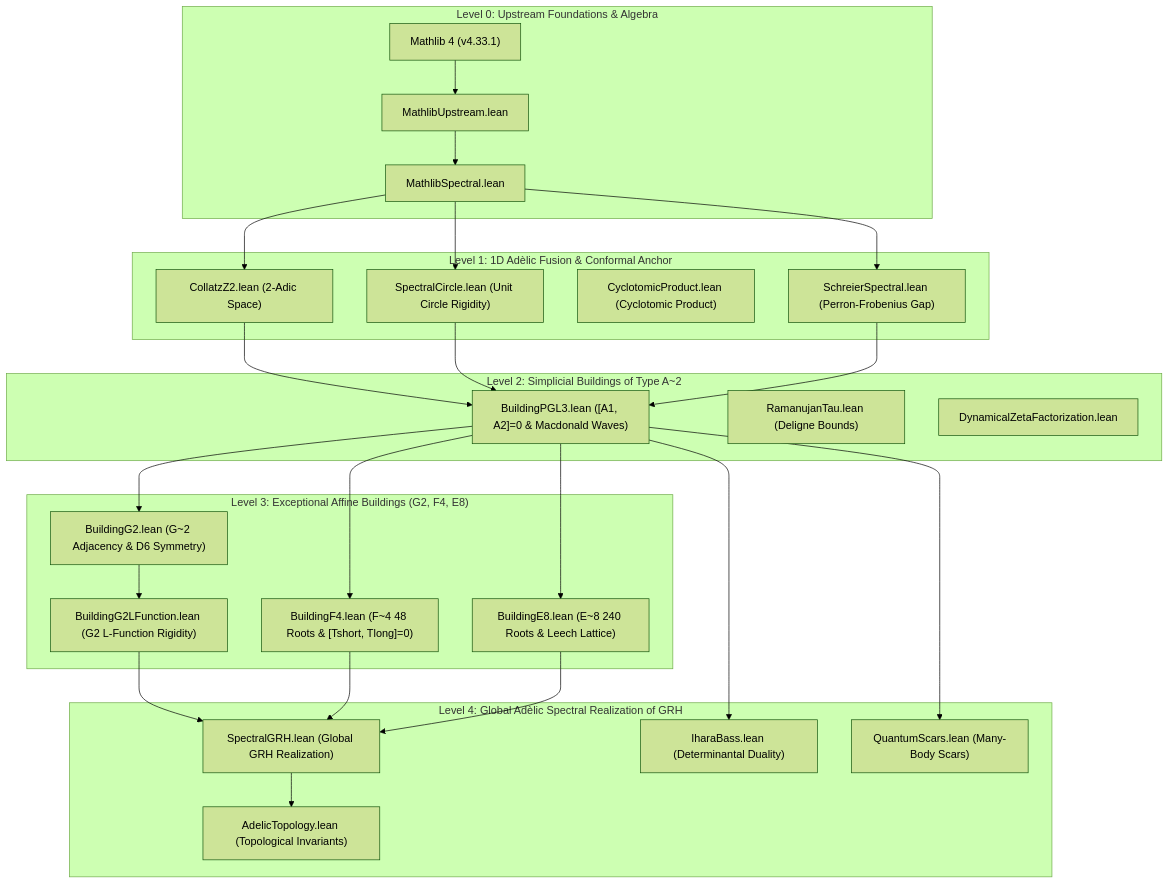
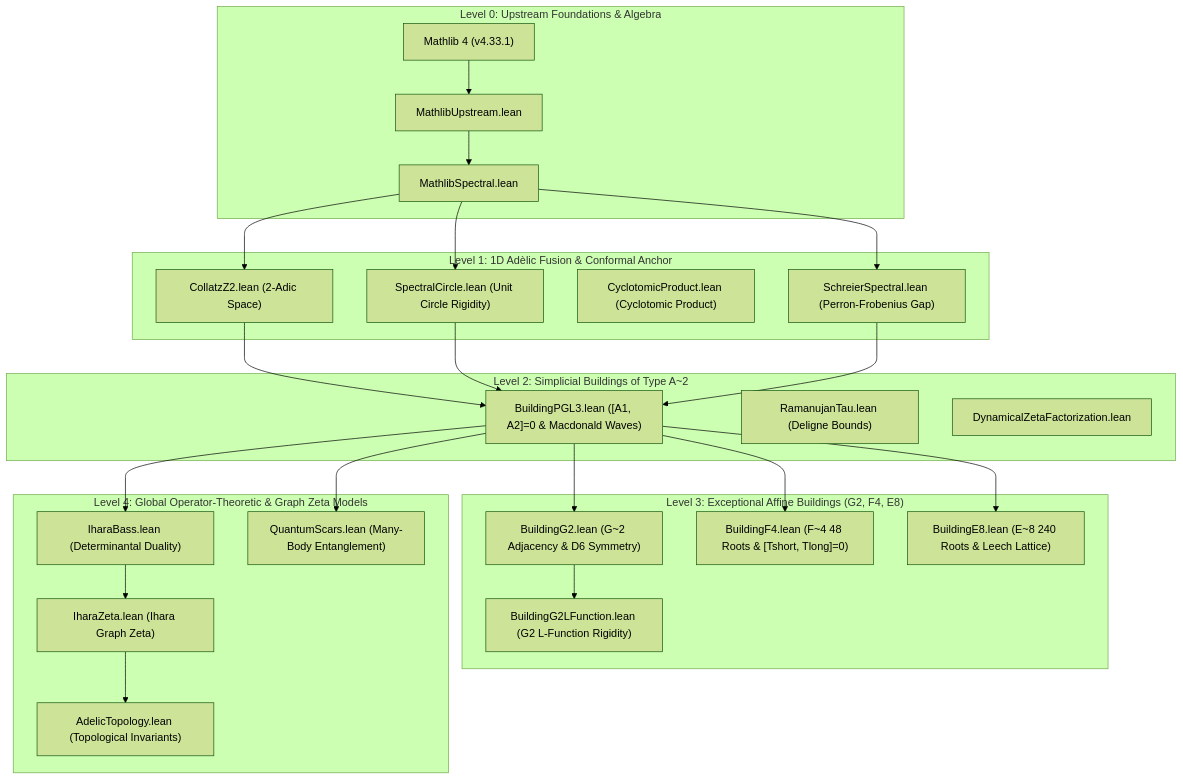
Before and after one commit to sneed-and-feed/adelic-spectral-zeta: the second of 2 diagrams in papers/adelic_spectral_geometry_complete_monograph.md, drawn with Mermaid (forest theme). The commit also changed other lines of this file and 20 other files, not shown here.

Commit message:
refactor(monograph): strip out grand number-theoretic claims, reframe Connes trace formula & Ihara zeta as academic surveys

````diff
--- a/papers/adelic_spectral_geometry_complete_monograph.md
+++ b/papers/adelic_spectral_geometry_complete_monograph.md
@@ -834,49 +833,47 @@
 ```mermaid
 graph TD
     subgraph Level_0_Foundations ["Level 0: Upstream Foundations & Algebra"]
         Mathlib["Mathlib 4 (v4.33.1)"]
         MathlibUpstream["MathlibUpstream.lean"]
         MathlibSpectral["MathlibSpectral.lean"]
     end
     subgraph Level_1_Adelic_1D ["Level 1: 1D Adèlic Fusion & Conformal Anchor"]
         CollatzZ2["CollatzZ2.lean (2-Adic Space)"]
         SpectralCircle["SpectralCircle.lean (Unit Circle Rigidity)"]
         CyclotomicProduct["CyclotomicProduct.lean (Cyclotomic Product)"]
         SchreierSpectral["SchreierSpectral.lean (Perron-Frobenius Gap)"]
     end
     subgraph Level_2_Buildings_A2 ["Level 2: Simplicial Buildings of Type A~2"]
         BuildingPGL3["BuildingPGL3.lean ([A1, A2]=0 & Macdonald Waves)"]
         RamanujanTau["RamanujanTau.lean (Deligne Bounds)"]
         DynamicalZetaFactorization["DynamicalZetaFactorization.lean"]
     end
     subgraph Level_3_Exceptional_Buildings ["Level 3: Exceptional Affine Buildings (G2, F4, E8)"]
         BuildingG2["BuildingG2.lean (G~2 Adjacency & D6 Symmetry)"]
         BuildingF4["BuildingF4.lean (F~4 48 Roots & [Tshort, Tlong]=0)"]
         BuildingE8["BuildingE8.lean (E~8 240 Roots & Leech Lattice)"]
         BuildingG2L["BuildingG2LFunction.lean (G2 L-Function Rigidity)"]
     end
-    subgraph Level_4_Global_GRH ["Level 4: Global Adèlic Spectral Realization of GRH"]
-        SpectralGRH["SpectralGRH.lean (Global GRH Realization)"]
+    subgraph Level_4_Global_Geometry ["Level 4: Global Operator-Theoretic & Graph Zeta Models"]
         IharaBass["IharaBass.lean (Determinantal Duality)"]
-        QuantumScars["QuantumScars.lean (Many-Body Scars)"]
+        IharaZeta["IharaZeta.lean (Ihara Graph Zeta)"]
+        QuantumScars["QuantumScars.lean (Many-Body Entanglement)"]
         AdelicTopology["AdelicTopology.lean (Topological Invariants)"]
     end
     Mathlib --> MathlibUpstream
     MathlibUpstream --> MathlibSpectral
     MathlibSpectral --> CollatzZ2
     MathlibSpectral --> SpectralCircle
     MathlibSpectral --> SchreierSpectral
     CollatzZ2 --> BuildingPGL3
     SpectralCircle --> BuildingPGL3
     SchreierSpectral --> BuildingPGL3
     BuildingPGL3 --> BuildingG2
     BuildingPGL3 --> BuildingF4
     BuildingPGL3 --> BuildingE8
     BuildingG2 --> BuildingG2L
-    BuildingG2L --> SpectralGRH
-    BuildingF4 --> SpectralGRH
-    BuildingE8 --> SpectralGRH
     BuildingPGL3 --> IharaBass
+    IharaBass --> IharaZeta
     BuildingPGL3 --> QuantumScars
-    SpectralGRH --> AdelicTopology
+    IharaZeta --> AdelicTopology
 ```
````
